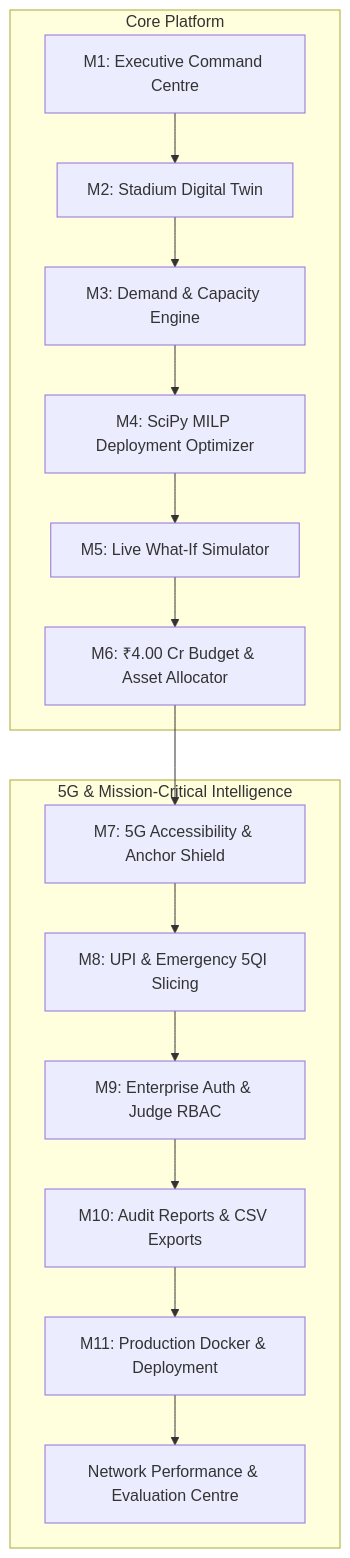
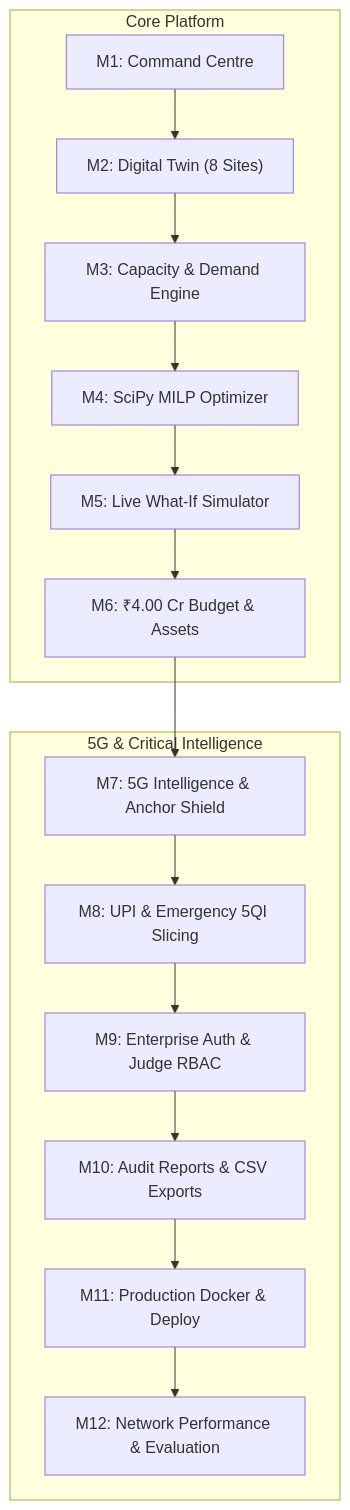
The diagram in README.md (astha-2004-code/airtel-stadium360), drawn with Mermaid before and after one commit. The commit also changed other lines of this file and 12 other files, not shown here.

Commit message:
docs(readme): document network evaluation metrics and methodology

````diff
--- a/README.md
+++ b/README.md
@@ -46,23 +84,23 @@
 ```mermaid
 graph TD
     subgraph Core Platform
-        M1["M1: Executive Command Centre"]
-        M2["M2: Stadium Digital Twin"]
-        M3["M3: Demand & Capacity Engine"]
-        M4["M4: SciPy MILP Deployment Optimizer"]
+        M1["M1: Command Centre"]
+        M2["M2: Digital Twin (8 Sites)"]
+        M3["M3: Capacity & Demand Engine"]
+        M4["M4: SciPy MILP Optimizer"]
         M5["M5: Live What-If Simulator"]
-        M6["M6: ₹4.00 Cr Budget & Asset Allocator"]
+        M6["M6: ₹4.00 Cr Budget & Assets"]
     end
 
-    subgraph 5G & Mission-Critical Intelligence
-        M7["M7: 5G Accessibility & Anchor Shield"]
+    subgraph 5G & Critical Intelligence
+        M7["M7: 5G Intelligence & Anchor Shield"]
         M8["M8: UPI & Emergency 5QI Slicing"]
         M9["M9: Enterprise Auth & Judge RBAC"]
         M10["M10: Audit Reports & CSV Exports"]
-        M11["M11: Production Docker & Deployment"]
-        EVAL["Network Performance & Evaluation Centre"]
+        M11["M11: Production Docker & Deploy"]
+        M12["M12: Network Performance & Evaluation"]
     end
 
     M1 --> M2 --> M3 --> M4 --> M5 --> M6
-    M6 --> M7 --> M8 --> M9 --> M10 --> M11 --> EVAL
+    M6 --> M7 --> M8 --> M9 --> M10 --> M11 --> M12
 ```
````
